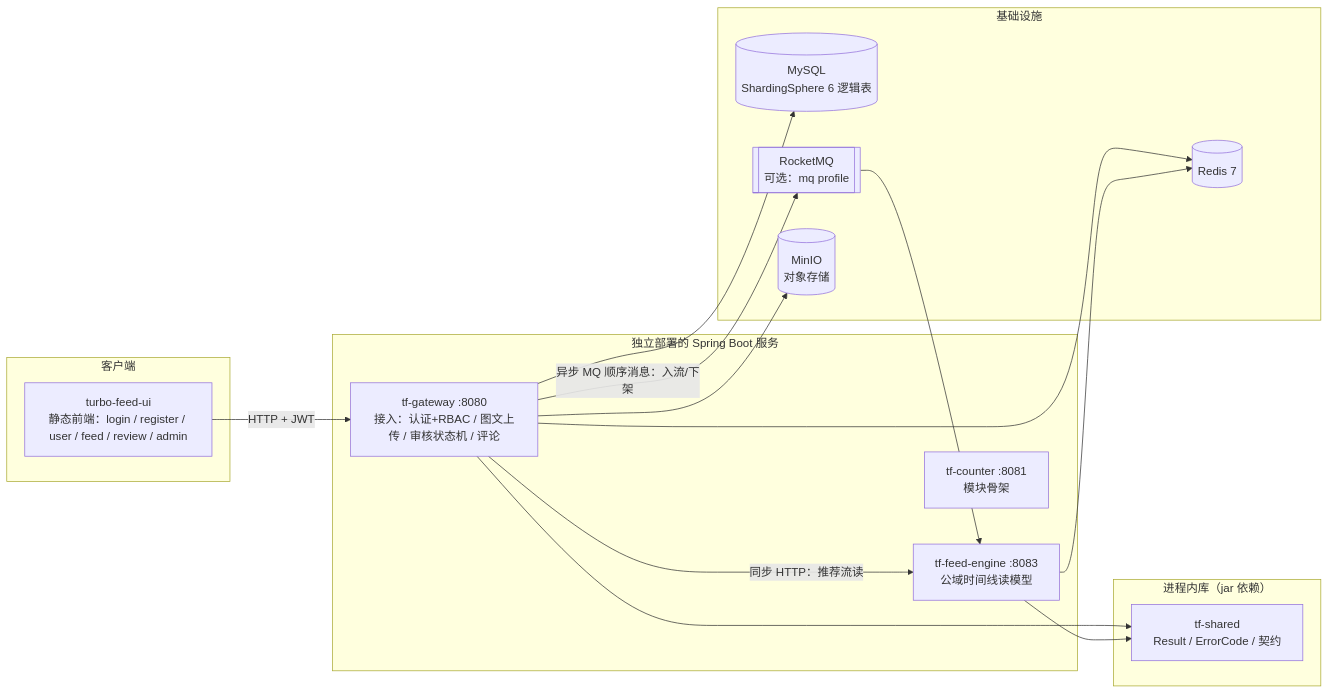
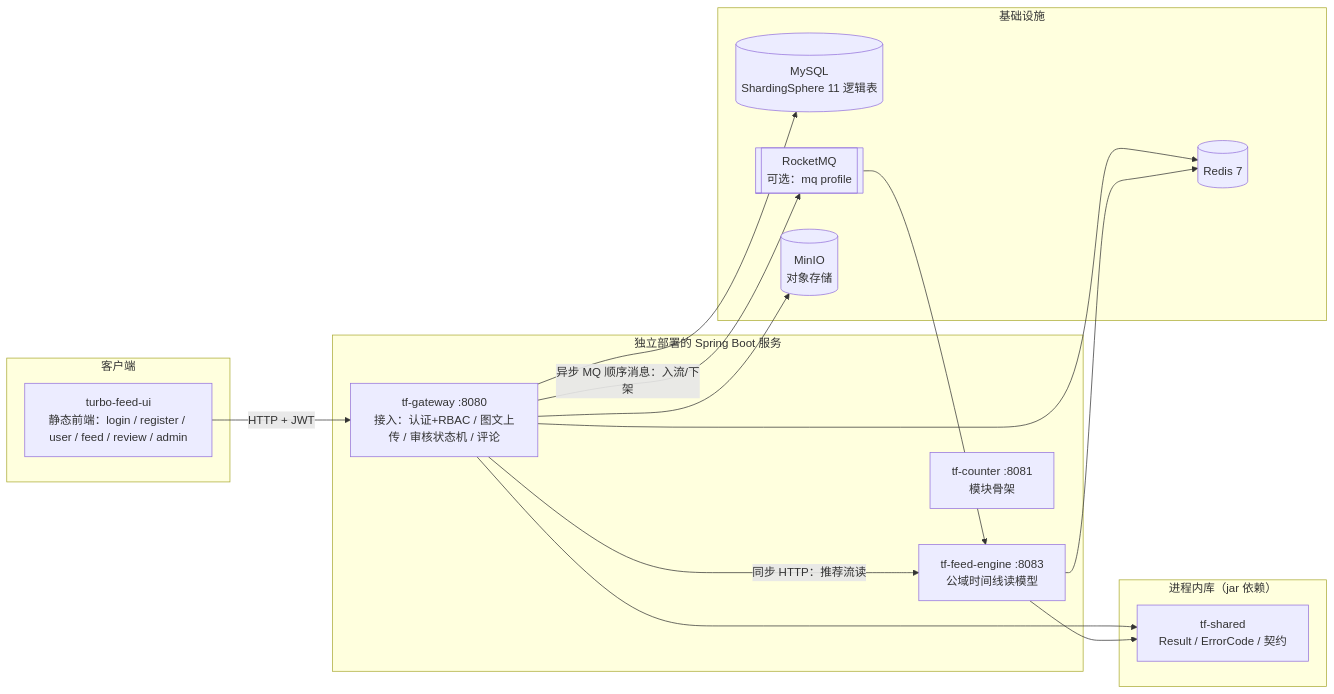
The diagram in docs/architecture/overview.md (dafei-code/turbo-feed), drawn with Mermaid before and after one commit. The commit also changed other lines of this file and 27 other files, not shown here.

````diff
--- a/docs/architecture/overview.md
+++ b/docs/architecture/overview.md
@@ -10,32 +10,32 @@
 ```mermaid
 flowchart LR
     subgraph clients[客户端]
         UI[turbo-feed-ui<br/>静态前端：login / register / user / feed / review / admin]
     end
 
     subgraph services[独立部署的 Spring Boot 服务]
         GW[tf-gateway :8080<br/>接入：认证+RBAC / 图文上传 / 审核状态机 / 评论]
         FE[tf-feed-engine :8083<br/>公域时间线读模型]
         CT[tf-counter :8081<br/>模块骨架]
     end
 
     subgraph infra[基础设施]
-        DB[(MySQL<br/>ShardingSphere 6 逻辑表)]
+        DB[(MySQL<br/>ShardingSphere 11 逻辑表)]
         RD[(Redis 7)]
         MQ[[RocketMQ<br/>可选：mq profile]]
         OS[(MinIO<br/>对象存储)]
     end
 
     subgraph libs[进程内库（jar 依赖）]
         SH[tf-shared<br/>Result / ErrorCode / 契约]
     end
 
     UI -->|HTTP + JWT| GW
     GW -->|同步 HTTP：推荐流读| FE
     GW -->|异步 MQ 顺序消息：入流/下架| MQ
     MQ --> FE
     GW --> DB
     GW & FE --> RD
     GW --> OS
     GW & FE --> SH
 ```
````
